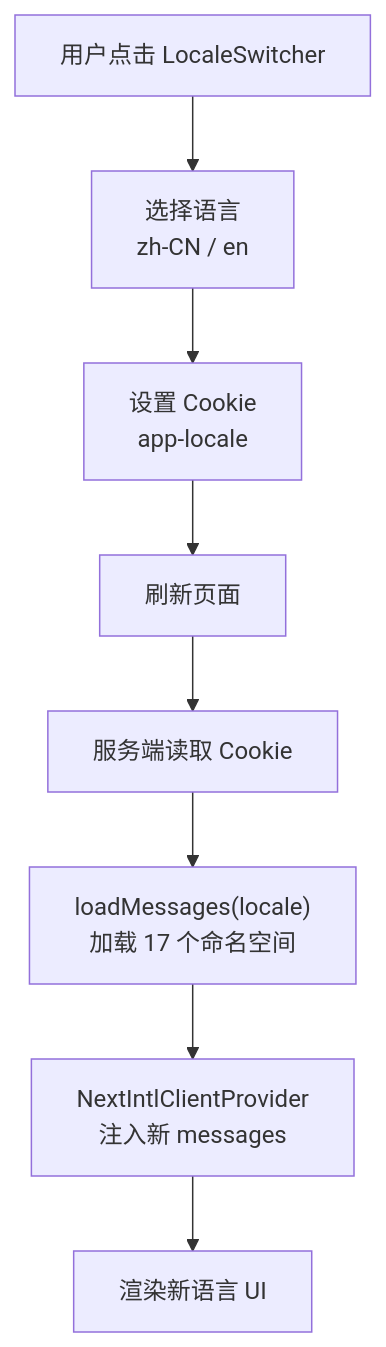
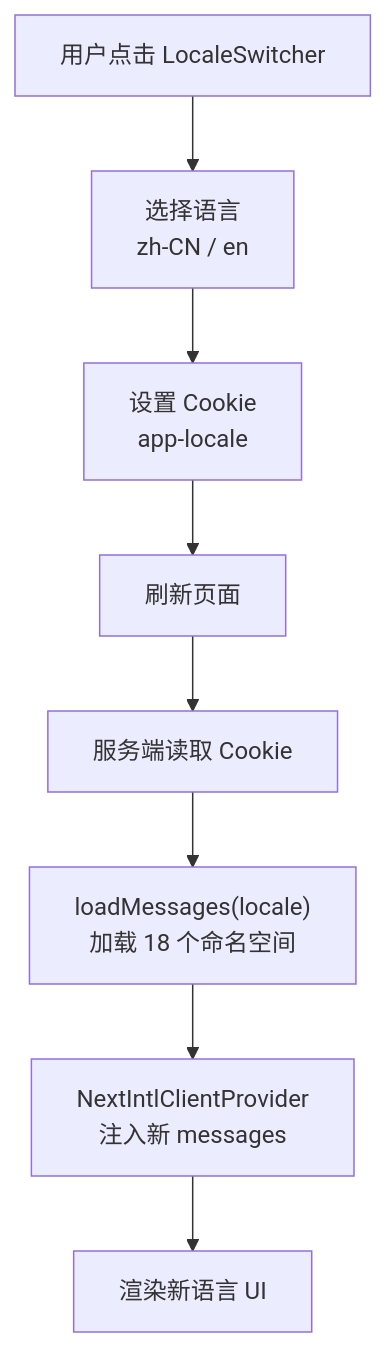
One commit to Sun1090/IndieStack changed the tenth of 11 diagrams in docs/architecture/14-data-flow.md. Above: the diagram before and after it, drawn with Mermaid. The commit also changed 11 other files, not shown here.

````diff
--- a/docs/architecture/14-data-flow.md
+++ b/docs/architecture/14-data-flow.md
@@ -216,10 +216,10 @@
 ```mermaid
 flowchart TD
     Switch["用户点击 LocaleSwitcher"] --> Select["选择语言<br/>zh-CN / en"]
     Select --> SetCookie["设置 Cookie<br/>app-locale"]
     SetCookie --> Reload["刷新页面"]
     Reload --> Server["服务端读取 Cookie"]
-    Server --> LoadMsg["loadMessages(locale)<br/>加载 17 个命名空间"]
+    Server --> LoadMsg["loadMessages(locale)<br/>加载 18 个命名空间"]
     LoadMsg --> Provider["NextIntlClientProvider<br/>注入新 messages"]
     Provider --> Render["渲染新语言 UI"]
 ```
````
